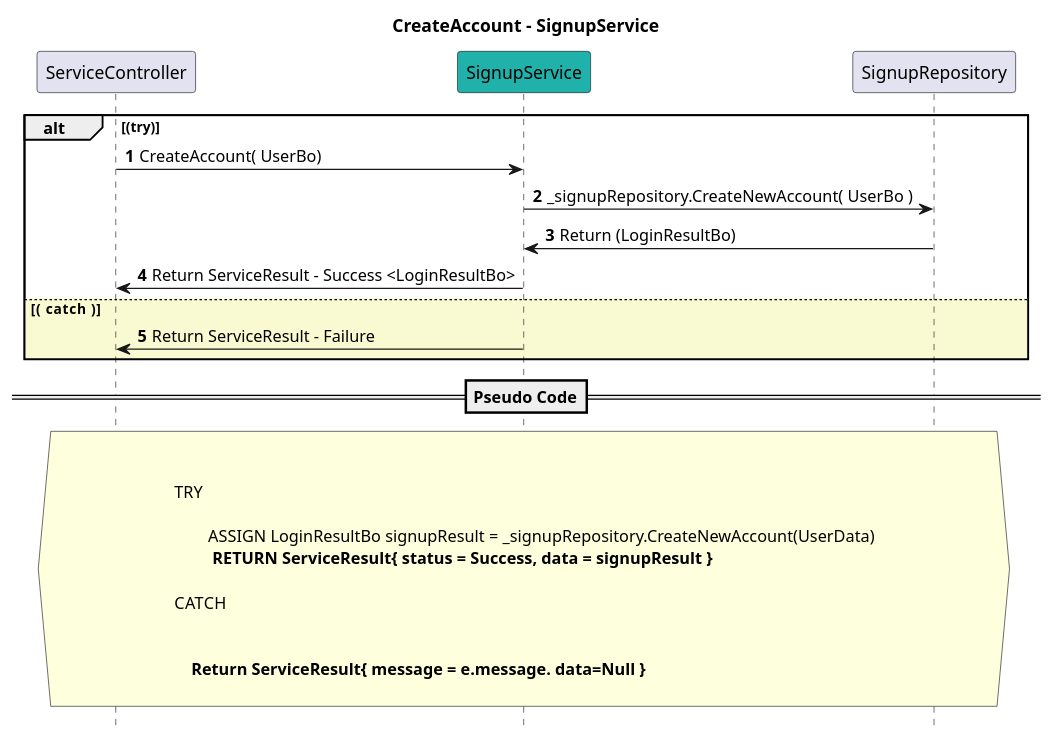
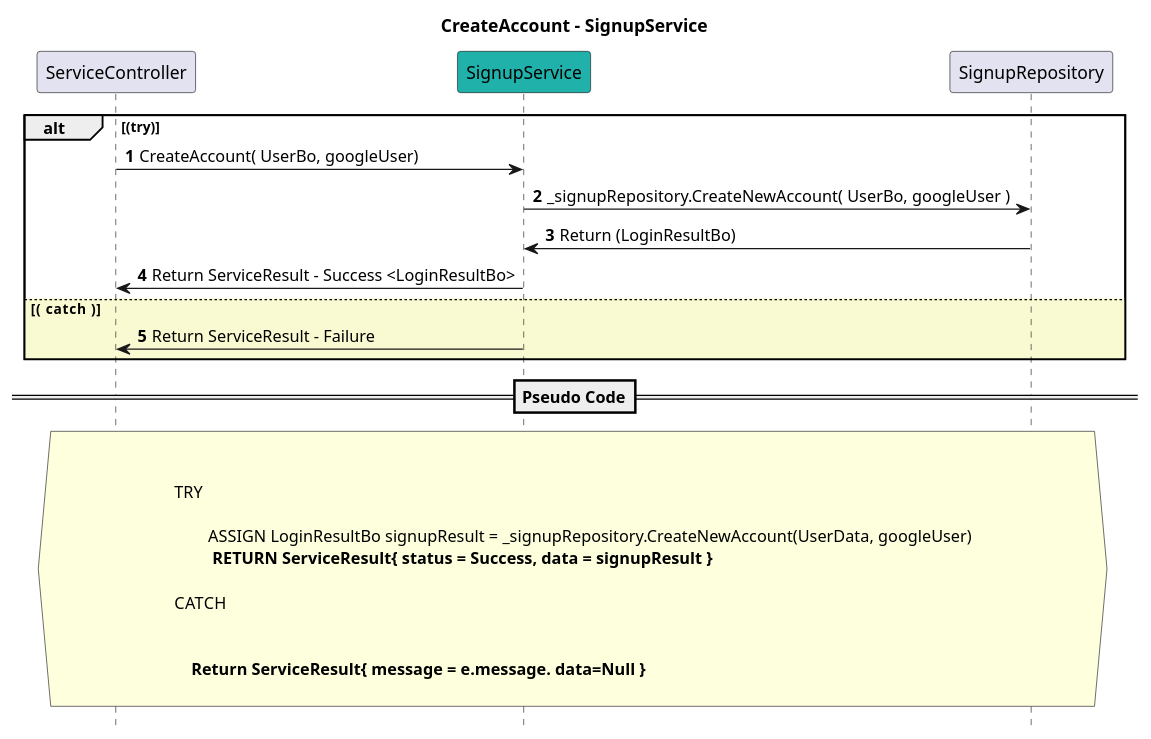
Before and after one commit to nainamuhammed/foodie-service: the diagram in Restaurant_Web_Api/Services/Signup/Design/CreateAccount.puml, drawn with PlantUML. The commit also changed 14 other files, not shown here.

Commit message:
removed google login endpoint

```diff
--- a/Restaurant_Web_Api/Services/Signup/Design/CreateAccount.puml
+++ b/Restaurant_Web_Api/Services/Signup/Design/CreateAccount.puml
@@ -1,45 +1,45 @@
 @startuml
 
 title CreateAccount - SignupService
 autonumber
 hide footbox
 
 participant ServiceController
 participant SignupService #LightSeaGreen
 participant SignupRepository
 
 alt (try)
-    ServiceController -> SignupService : CreateAccount( UserBo)
+    ServiceController -> SignupService : CreateAccount( UserBo, googleUser)
 
-    SignupService -> SignupRepository : _signupRepository.CreateNewAccount( UserBo )
+    SignupService -> SignupRepository : _signupRepository.CreateNewAccount( UserBo, googleUser )
     
 
   
         SignupRepository -> SignupService : Return (LoginResultBo)
 
 
     SignupService -> ServiceController : Return ServiceResult - Success <LoginResultBo>
     
 else #LightGoldenRodYellow ( catch   ) 
 
     SignupService -> ServiceController : Return ServiceResult - Failure
 end
 
 ==Pseudo Code==
 hnote across
 
 
 TRY
 
-        ASSIGN LoginResultBo signupResult = _signupRepository.CreateNewAccount(UserData)
+        ASSIGN LoginResultBo signupResult = _signupRepository.CreateNewAccount(UserData, googleUser)
         ** RETURN ServiceResult{ status = Success, data = signupResult } ** 
        
 CATCH
 
    
     **Return ServiceResult{ message = e.message. data=Null }**
     
 end note
 
 
 @enduml
```
